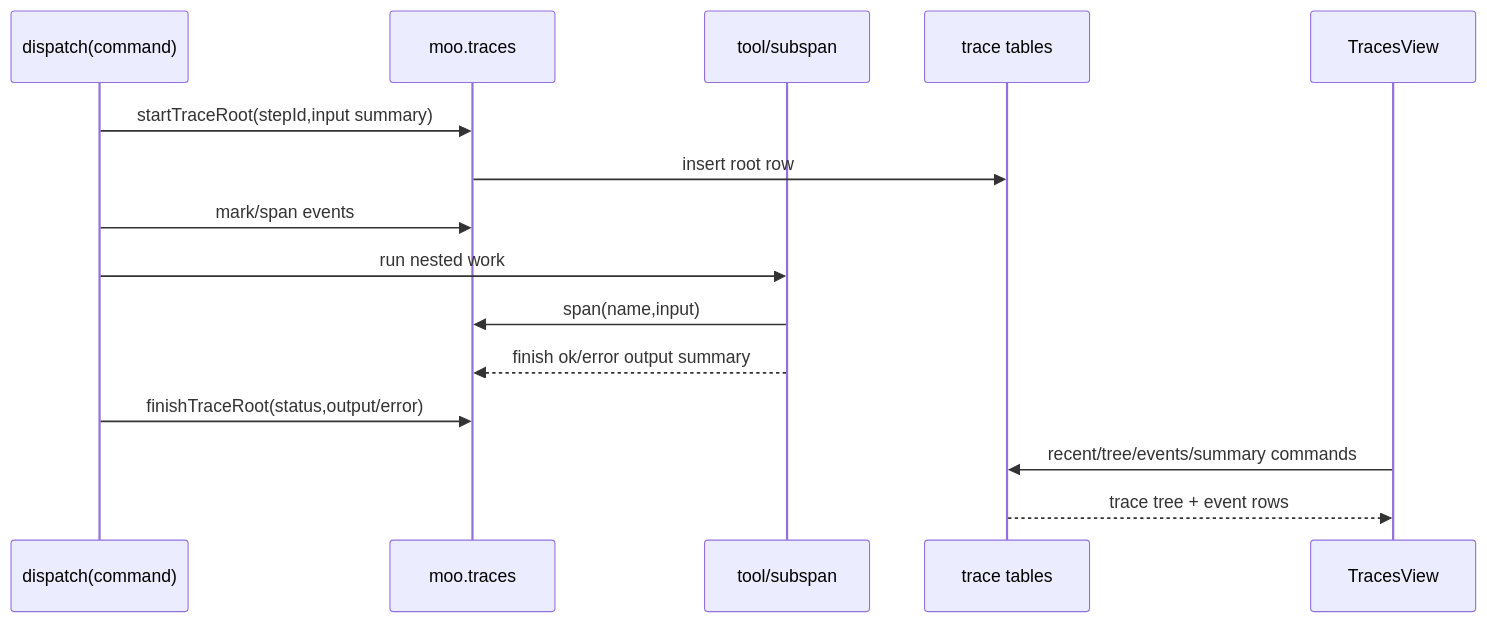
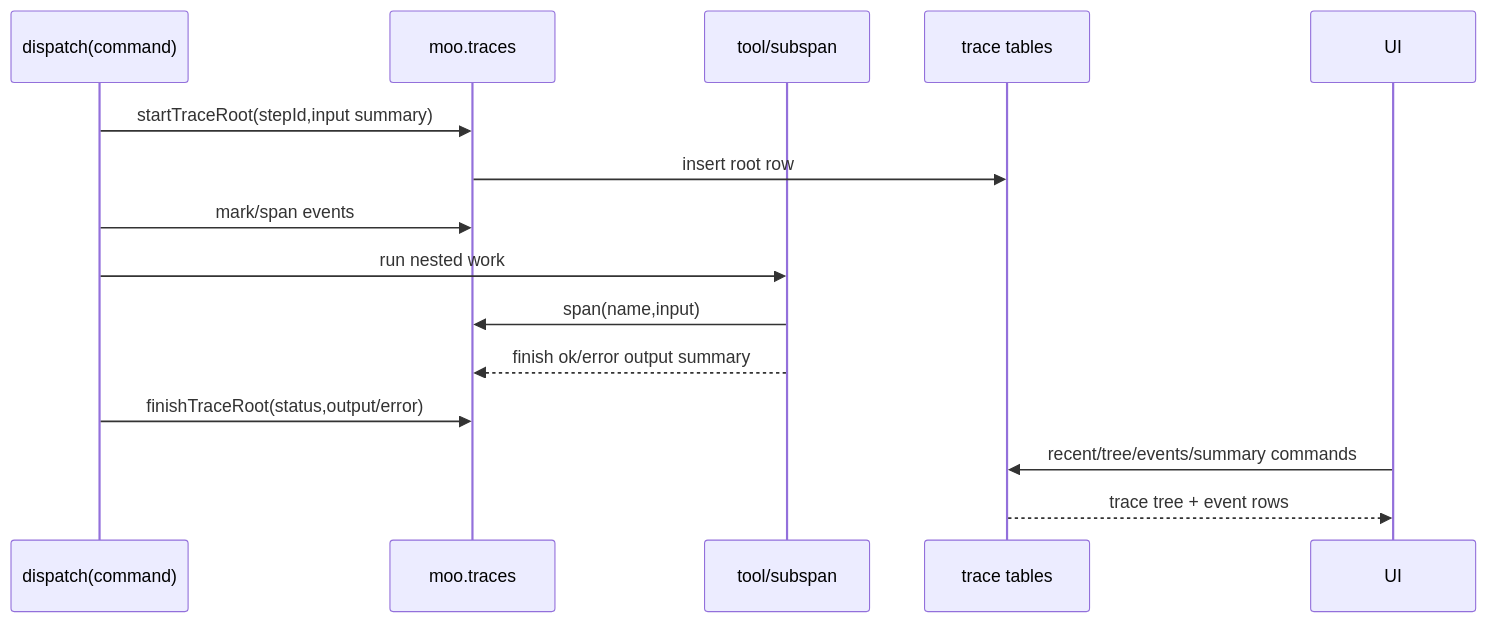
One commit to pcarrier/moo changed diagram 15 of 22 in docs/harness-walkthrough.md. Above: the diagram before and after it, drawn with Mermaid. The commit also changed other lines of this file and 86 other files, not shown here.

````diff
--- a/docs/harness-walkthrough.md
+++ b/docs/harness-walkthrough.md
@@ -461,18 +461,17 @@
 ```mermaid
 sequenceDiagram
   participant Command as dispatch(command)
   participant Trace as moo.traces
   participant Tool as tool/subspan
   participant DB as trace tables
-  participant UI as TracesView
 
   Command->>Trace: startTraceRoot(stepId,input summary)
   Trace->>DB: insert root row
   Command->>Trace: mark/span events
   Command->>Tool: run nested work
   Tool->>Trace: span(name,input)
   Tool-->>Trace: finish ok/error output summary
   Command->>Trace: finishTraceRoot(status,output/error)
   UI->>DB: recent/tree/events/summary commands
   DB-->>UI: trace tree + event rows
 ```
````
